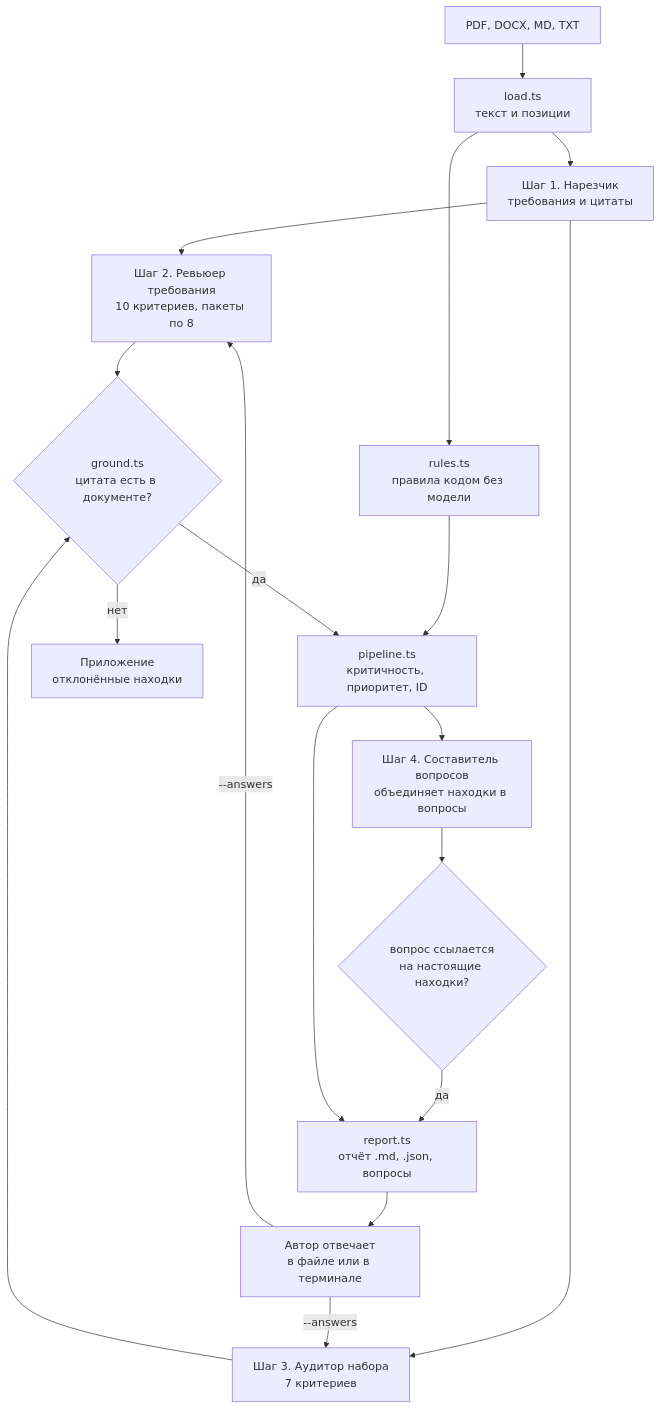
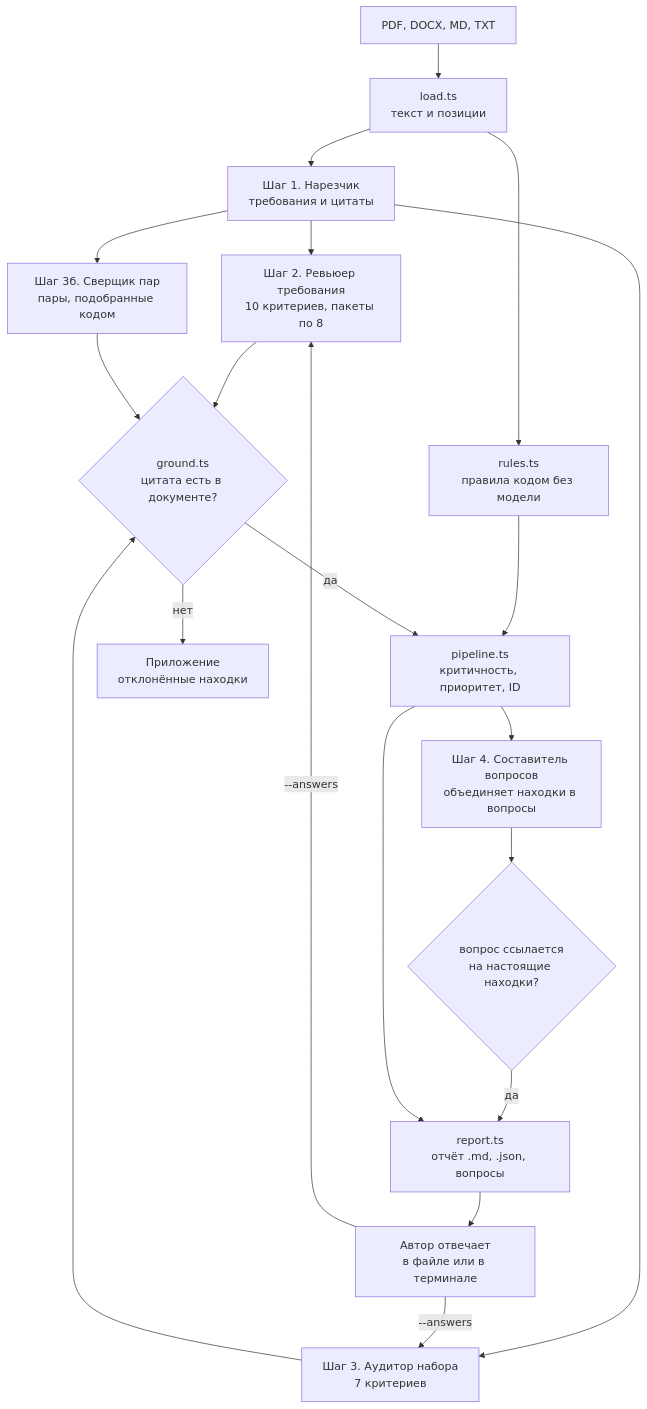
Before and after one commit to merkhanov/BCC-HUB-MNU-fintech-hackathon: the diagram in README.md, drawn with Mermaid. The commit also changed other lines of this file and 3 other files, not shown here.

````diff
--- a/README.md
+++ b/README.md
@@ -187,20 +187,22 @@
 ```mermaid
 flowchart TD
   F[PDF, DOCX, MD, TXT] --> L[load.ts<br>текст и позиции]
   L --> E[Шаг 1. Нарезчик<br>требования и цитаты]
   E --> R[Шаг 2. Ревьюер требования<br>10 критериев, пакеты по 8]
   E --> S[Шаг 3. Аудитор набора<br>7 критериев]
   R --> G{ground.ts<br>цитата есть в документе?}
   S --> G
   L --> C[rules.ts<br>правила кодом без модели]
   C --> P
+  E --> PR[Шаг 3б. Сверщик пар<br>пары, подобранные кодом]
+  PR --> G
   G -- нет --> X[Приложение<br>отклонённые находки]
   G -- да --> P[pipeline.ts<br>критичность, приоритет, ID]
   P --> Q[Шаг 4. Составитель вопросов<br>объединяет находки в вопросы]
   Q --> V{вопрос ссылается<br>на настоящие находки?}
   V -- да --> RP[report.ts<br>отчёт .md, .json, вопросы]
   P --> RP
   RP --> A[Автор отвечает<br>в файле или в терминале]
   A -->|"--answers"| R
   A -->|"--answers"| S
 ```
````
